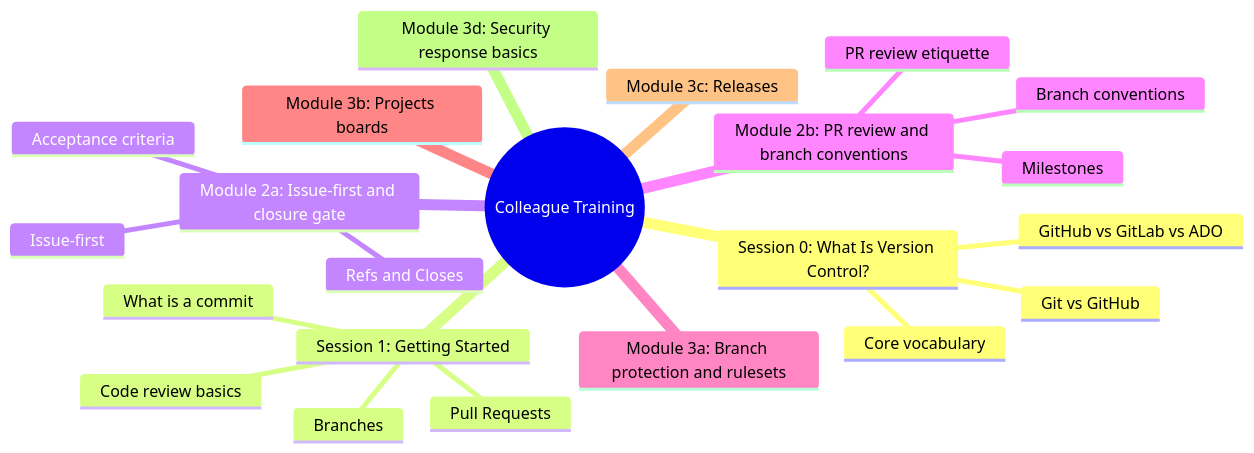
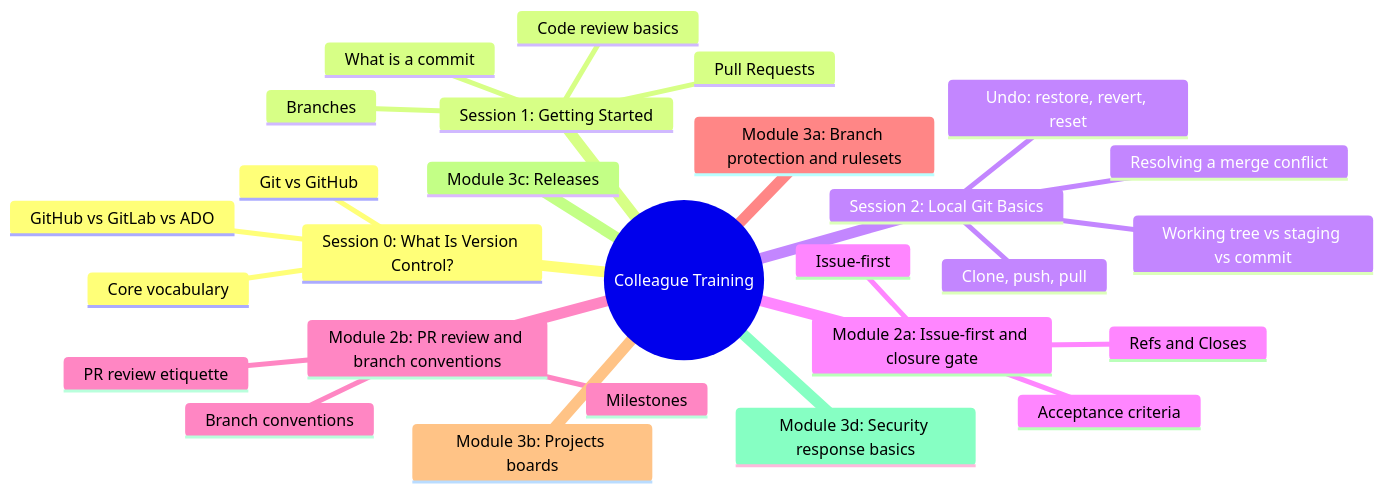
One commit to JeanKadang/DOC-GitHub-Practice-Skills changed the second of 2 diagrams in education/README.md. Above: the diagram before and after it, drawn with Mermaid. The commit also changed other lines of this file and 3 other files, not shown here.

First line of the commit message:
docs: add Session 2 hands-on local git basics module

````diff
--- a/education/README.md
+++ b/education/README.md
@@ -58,25 +67,30 @@
 ```mermaid
 mindmap
   root((Colleague Training))
     Session 0: What Is Version Control?
       Git vs GitHub
       Core vocabulary
       GitHub vs GitLab vs ADO
     Session 1: Getting Started
       What is a commit
       Branches
       Pull Requests
       Code review basics
+    Session 2: Local Git Basics
+      Working tree vs staging vs commit
+      Clone, push, pull
+      Resolving a merge conflict
+      Undo: restore, revert, reset
     Module 2a: Issue-first and closure gate
       Issue-first
       Refs and Closes
       Acceptance criteria
     Module 2b: PR review and branch conventions
       PR review etiquette
       Branch conventions
       Milestones
     Module 3a: Branch protection and rulesets
     Module 3b: Projects boards
     Module 3c: Releases
     Module 3d: Security response basics
 ```
````
